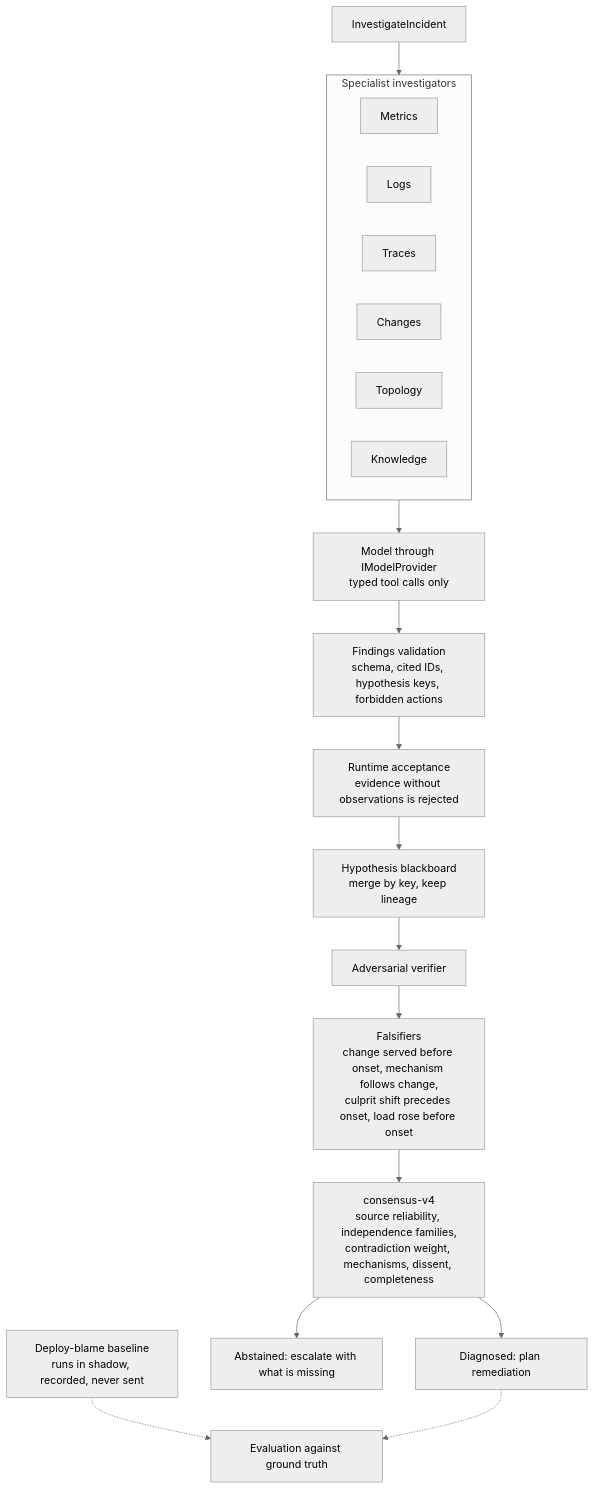
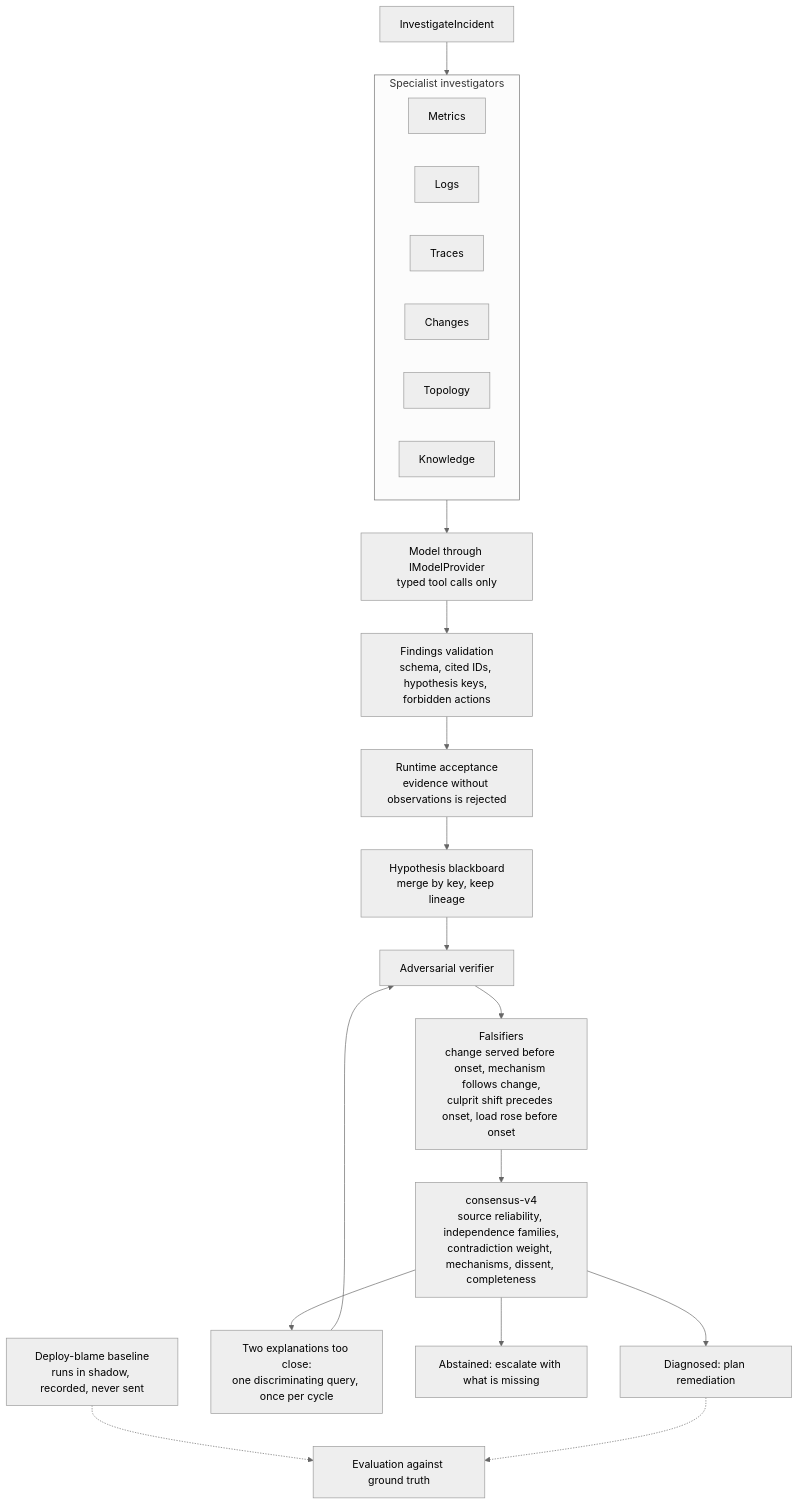
Before and after one commit to Psingle20/Sentinel: the seventh of 9 diagrams in README.md, drawn with Mermaid (neutral theme). The commit also changed other lines of this file and 9 other files, not shown here.

First line of the commit message:
docs: lead with the system and reference system diagrams and bring status current

````diff
--- a/README.md
+++ b/README.md
@@ -296,27 +298,29 @@
 ```mermaid
 flowchart TB
     command["InvestigateIncident"] --> roles
 
     subgraph roles["Specialist investigators"]
         direction LR
         metrics["Metrics"]
         logs["Logs"]
         traces["Traces"]
         changes["Changes"]
         topology["Topology"]
         knowledge["Knowledge"]
     end
 
     roles --> model["Model through IModelProvider<br/>typed tool calls only"]
     model --> validation["Findings validation<br/>schema, cited IDs, hypothesis keys, forbidden actions"]
     validation --> accept["Runtime acceptance<br/>evidence without observations is rejected"]
     accept --> board["Hypothesis blackboard<br/>merge by key, keep lineage"]
     board --> verifier["Adversarial verifier"]
     verifier --> falsifiers["Falsifiers<br/>change served before onset, mechanism follows change,<br/>culprit shift precedes onset, load rose before onset"]
     falsifiers --> consensus["consensus-v4<br/>source reliability, independence families,<br/>contradiction weight, mechanisms, dissent, completeness"]
     consensus --> diagnosed["Diagnosed: plan remediation"]
+    consensus --> ambiguous["Two explanations too close:<br/>one discriminating query, once per cycle"]
+    ambiguous --> verifier
     consensus --> abstained["Abstained: escalate with what is missing"]
 
     baseline["Deploy-blame baseline<br/>runs in shadow, recorded, never sent"] -.-> evaluation["Evaluation against ground truth"]
     diagnosed -.-> evaluation
 ```
````
